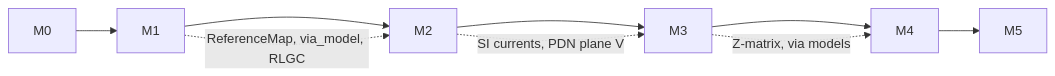
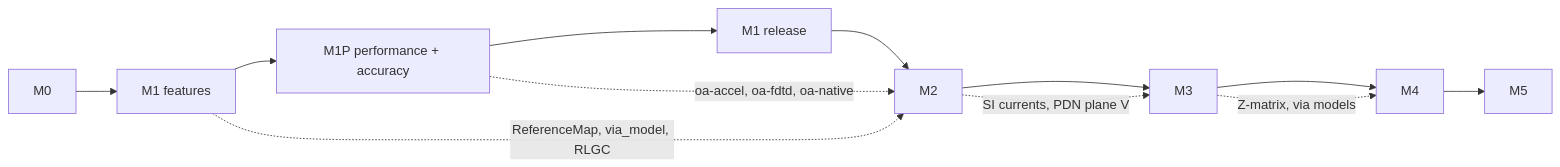
Before and after one commit to C-My-Code/Open_Analysis: the diagram in docs/ROADMAP.md, drawn with Mermaid. The commit also changed other lines of this file and 5 other files, not shown here.

First line of the commit message:
Plan M1P: performance and accuracy milestone, GPU ADRs, benchmark spec

````diff
--- a/docs/ROADMAP.md
+++ b/docs/ROADMAP.md
@@ -283,7 +325,8 @@
 ```mermaid
 flowchart LR
-  M0 --> M1 --> M2 --> M3 --> M4 --> M5
-  M1 -. ReferenceMap, via_model, RLGC .-> M2
+  M0 --> M1F["M1 features"] --> M1P["M1P performance + accuracy"] --> M1R["M1 release"] --> M2 --> M3 --> M4 --> M5
+  M1F -. ReferenceMap, via_model, RLGC .-> M2
+  M1P -. oa-accel, oa-fdtd, oa-native .-> M2
   M2 -. SI currents, PDN plane V .-> M3
   M3 -. Z-matrix, via models .-> M4
 ```
````
